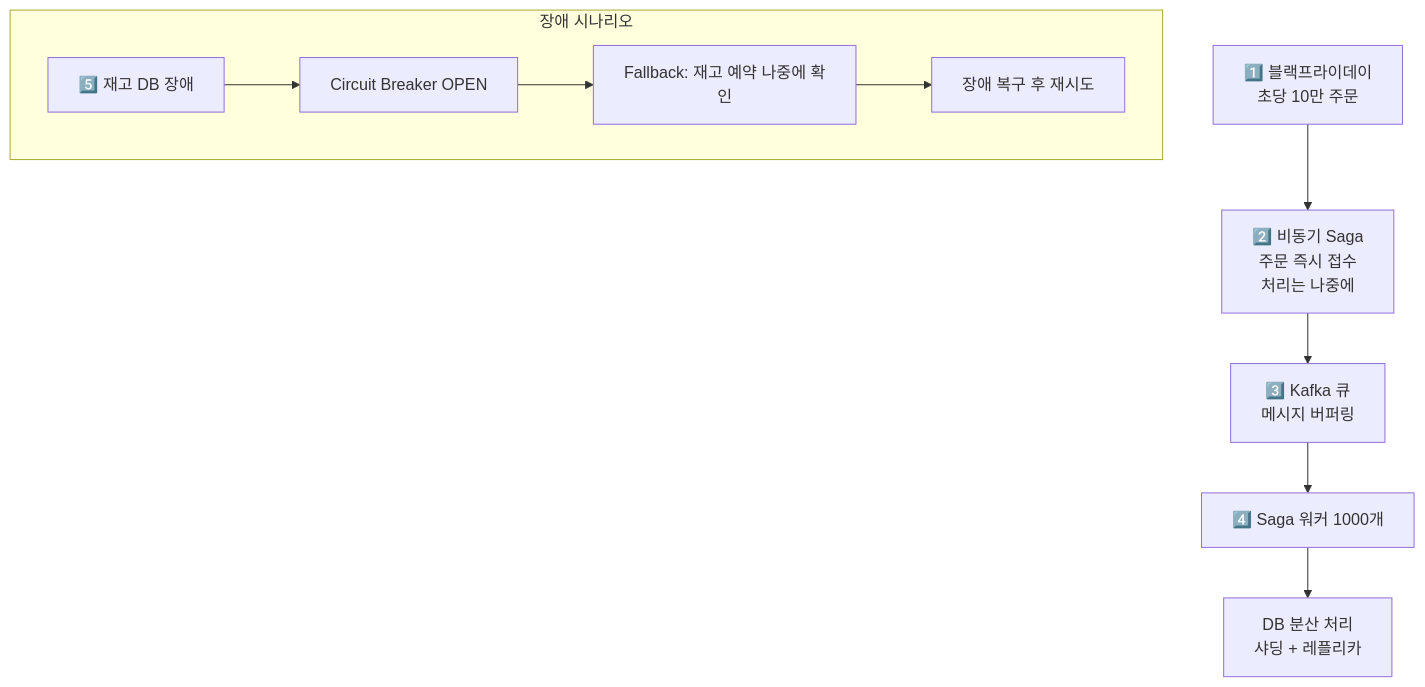
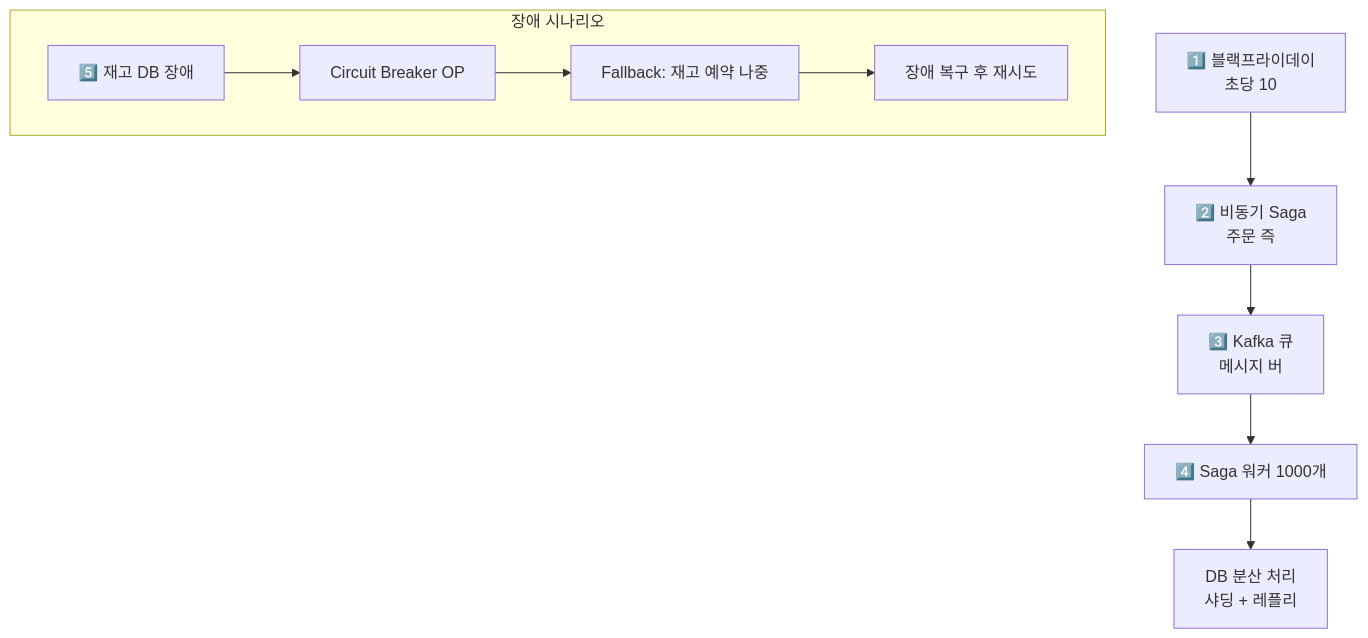
One commit to yjkim2015/yjkim2015.github.io changed diagram 13 of 14 in _posts/architecture/2026-05-02-distributed-transaction-deep.md. Above: the diagram before and after it, drawn with Mermaid. The commit also changed other lines of this file and 271 other files, not shown here.

First line of the commit message:
Mermaid 라벨 축소: 긴 노드 텍스트 18자 이하로 트림 + \n 제거

````diff
--- a/_posts/architecture/2026-05-02-distributed-transaction-deep.md
+++ b/_posts/architecture/2026-05-02-distributed-transaction-deep.md
@@ -613,14 +613,14 @@
 ```mermaid
 graph TD
-    Flash["1️⃣ 블랙프라이데이\n초당 10만 주문"]
-    Flash --> Async["2️⃣ 비동기 Saga\n주문 즉시 접수\n처리는 나중에"]
-    Async --> Queue["3️⃣ Kafka 큐\n메시지 버퍼링"]
+    Flash["1️⃣ 블랙프라이데이\n초당 10"]
+    Flash --> Async["2️⃣ 비동기 Saga\n주문 즉"]
+    Async --> Queue["3️⃣ Kafka 큐\n메시지 버"]
     Queue --> Workers["4️⃣ Saga 워커 1000개"]
-    Workers --> DB["DB 분산 처리\n샤딩 + 레플리카"]
+    Workers --> DB["DB 분산 처리\n샤딩 + 레플리"]
     subgraph "장애 시나리오"
         DBFail["5️⃣ 재고 DB 장애"]
-        DBFail --> CircuitBreak["Circuit Breaker OPEN"]
-        CircuitBreak --> Fallback["Fallback: 재고 예약 나중에 확인"]
+        DBFail --> CircuitBreak["Circuit Breaker OP"]
+        CircuitBreak --> Fallback["Fallback: 재고 예약 나중"]
         Fallback --> RetryLater["장애 복구 후 재시도"]
     end
 ```
````
